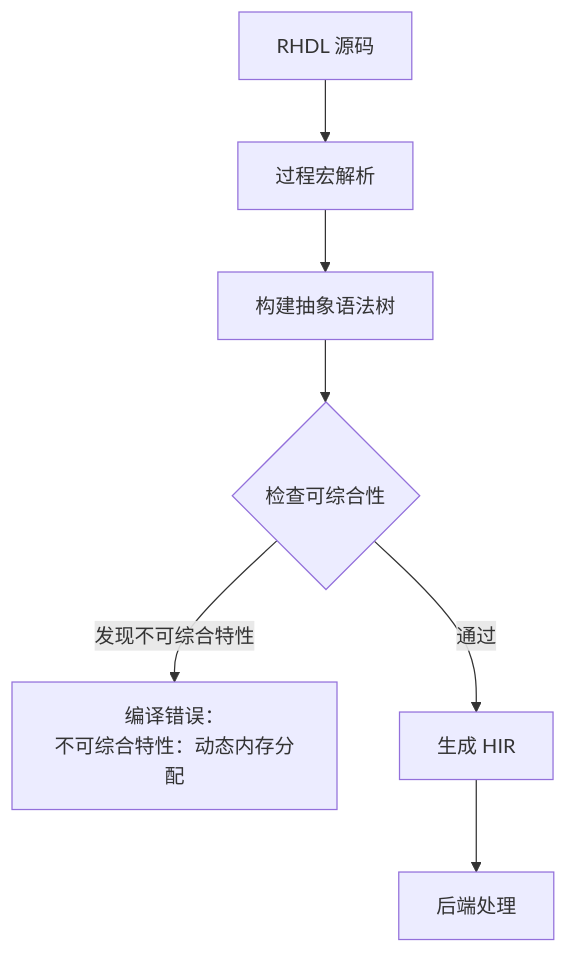
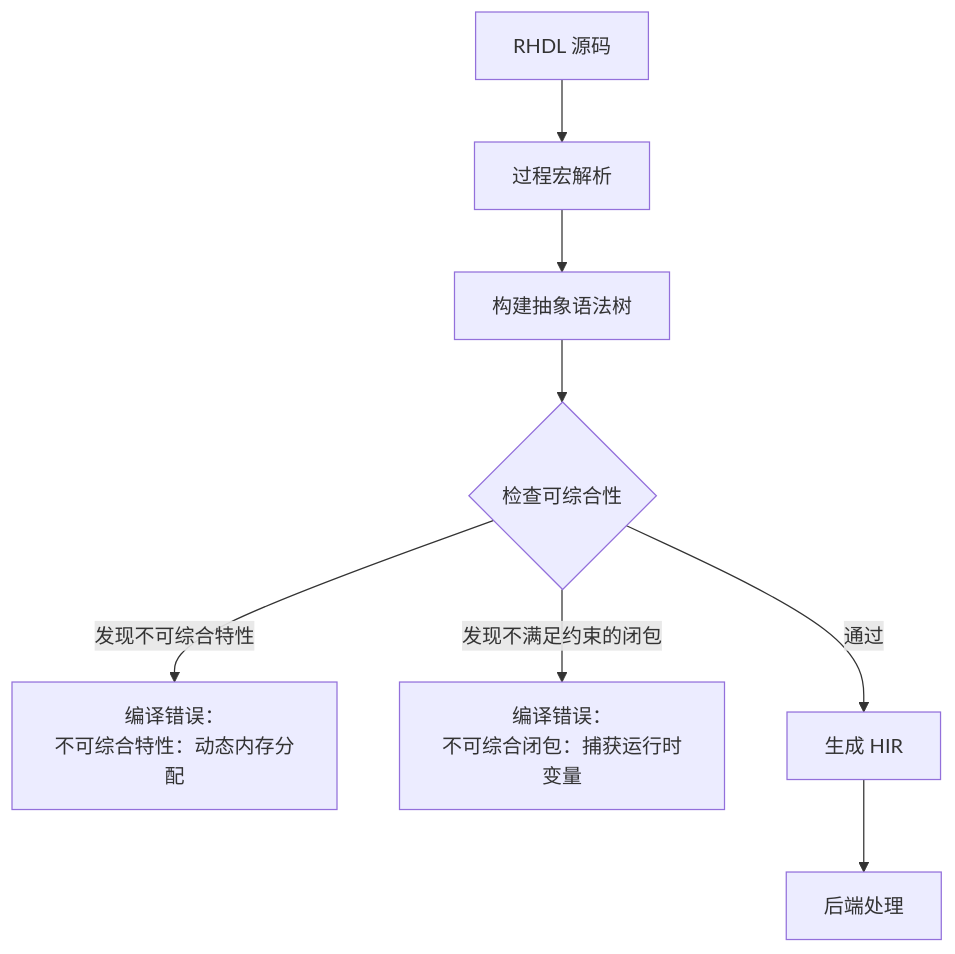
The sixth of 10 diagrams in docs/requirements/15. 可综合子集与限制.md (TangCan/bitloom), drawn with Mermaid before and after one commit. The commit also changed other lines of this file and 17 other files, not shown here.

````diff
--- a/docs/requirements/15. 可综合子集与限制.md
+++ b/docs/requirements/15. 可综合子集与限制.md
@@ -208,10 +239,10 @@
 ```mermaid
 flowchart TD
     A[RHDL 源码] --> B[过程宏解析]
     B --> C[构建抽象语法树]
     C --> D{检查可综合性}
     D -->|发现不可综合特性| E[编译错误：<br>不可综合特性：动态内存分配]
-    D -->|通过| F[生成 HIR]
-    F --> G[后端处理]
-
+    D -->|发现不满足约束的闭包| F[编译错误：<br>不可综合闭包：捕获运行时变量]
+    D -->|通过| G[生成 HIR]
+    G --> H[后端处理]
 ```
````
